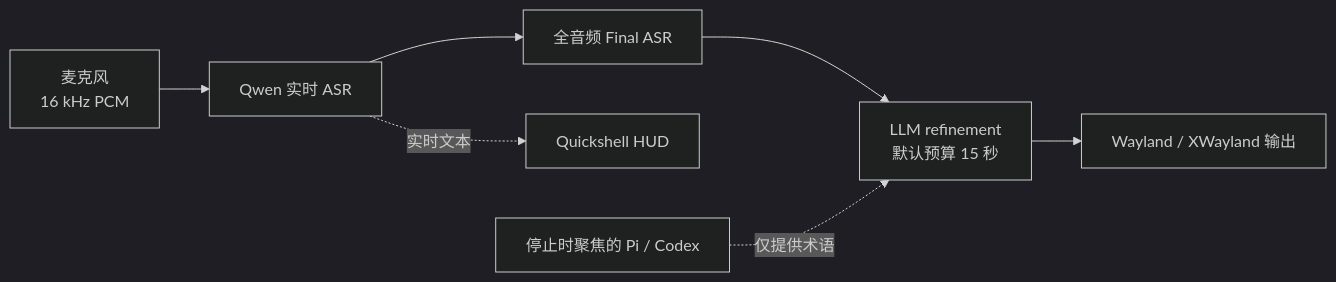
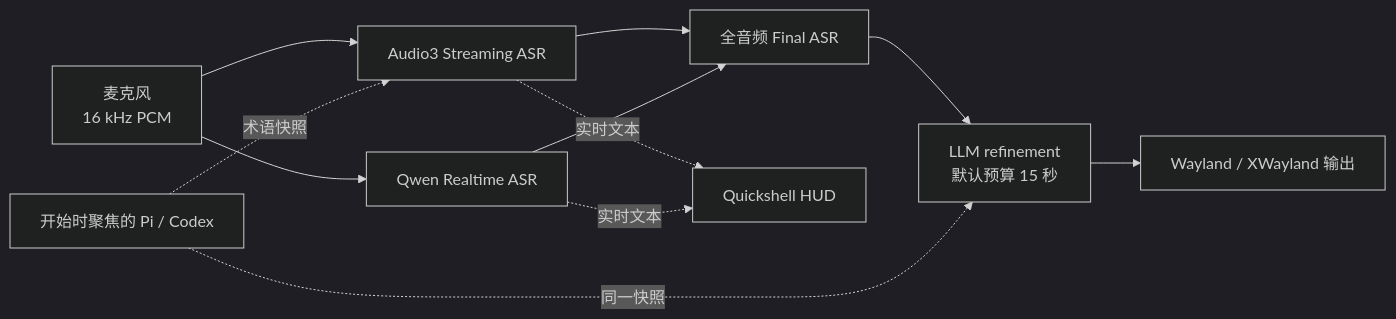
Before and after one commit to Saco93/voice-input: the diagram in README.zh-CN.md, drawn with Mermaid (dark theme). The commit also changed other lines of this file and 16 other files, not shown here.

````diff
--- a/README.zh-CN.md
+++ b/README.zh-CN.md
@@ -16,9 +16,13 @@
 ```mermaid
 flowchart LR
-    Mic[麦克风<br/>16 kHz PCM] --> RT[Qwen 实时 ASR]
-    RT --> Final[全音频 Final ASR]
+    Mic[麦克风<br/>16 kHz PCM] --> A3[Audio3 Streaming ASR]
+    Mic --> QR[Qwen Realtime ASR]
+    A3 --> Final[全音频 Final ASR]
+    QR --> Final
     Final --> LLM[LLM refinement<br/>默认预算 15 秒]
     LLM --> Out[Wayland / XWayland 输出]
-    RT -. 实时文本 .-> HUD[Quickshell HUD]
-    Agent[停止时聚焦的 Pi / Codex] -. 仅提供术语 .-> LLM
+    A3 -. 实时文本 .-> HUD[Quickshell HUD]
+    QR -. 实时文本 .-> HUD
+    Agent[开始时聚焦的 Pi / Codex] -. 术语快照 .-> A3
+    Agent -. 同一快照 .-> LLM
 ```
````
